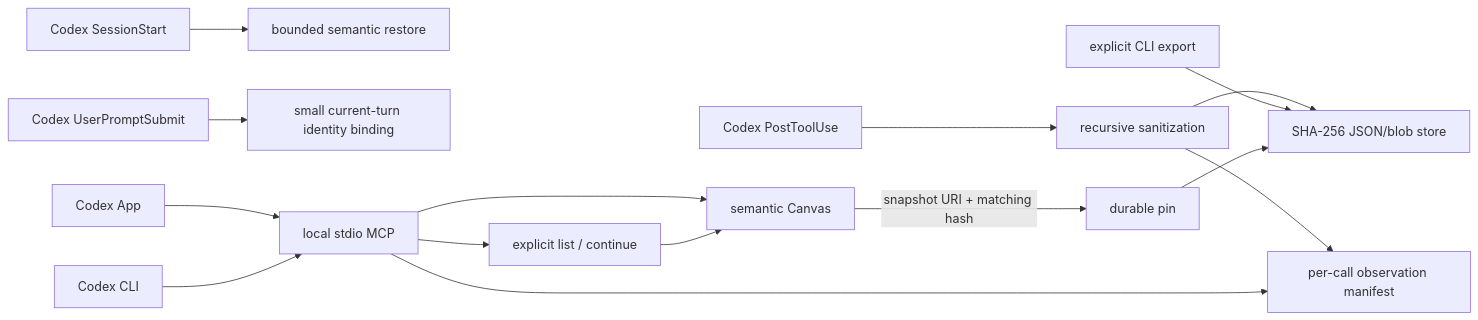
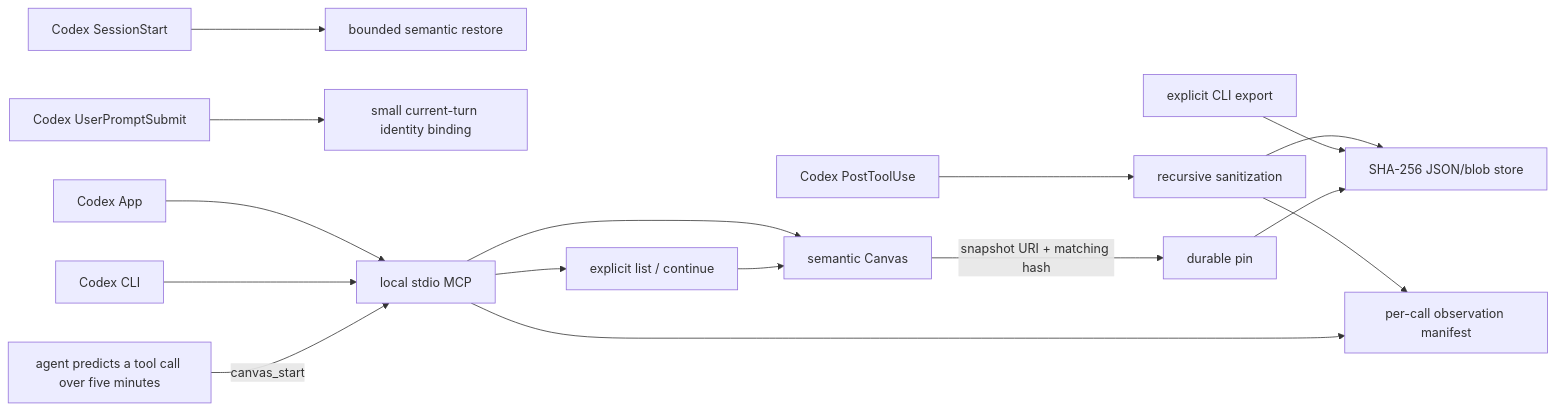
The diagram in docs/context-canvas-codex.md (phenomenoner/Chatgpt-Codex-App-Plus), drawn with Mermaid before and after one commit. The commit also changed other lines of this file and 6 other files, not shown here.

Commit message:
Add long-call Context Canvas initialization policy

````diff
--- a/docs/context-canvas-codex.md
+++ b/docs/context-canvas-codex.md
@@ -31,17 +32,18 @@
 ```mermaid
 flowchart LR
     SS["Codex SessionStart"] --> SR["bounded semantic restore"]
     UP["Codex UserPromptSubmit"] --> ID["small current-turn identity binding"]
     PT["Codex PostToolUse"] --> SA["recursive sanitization"]
     SA --> EV["per-call observation manifest"]
     SA --> CAS["SHA-256 JSON/blob store"]
     APP["Codex App"] --> MCP["local stdio MCP"]
     CLI["Codex CLI"] --> MCP
+    AG["agent predicts a tool call over five minutes"] -->|"canvas_start"| MCP
     MCP --> MAP["semantic Canvas"]
     MCP --> LINEAGE["explicit list / continue"]
     LINEAGE --> MAP
     MCP --> EV
     EX["explicit CLI export"] --> CAS
     MAP -->|"snapshot URI + matching hash"| PIN["durable pin"]
     PIN --> CAS
 ```
````
